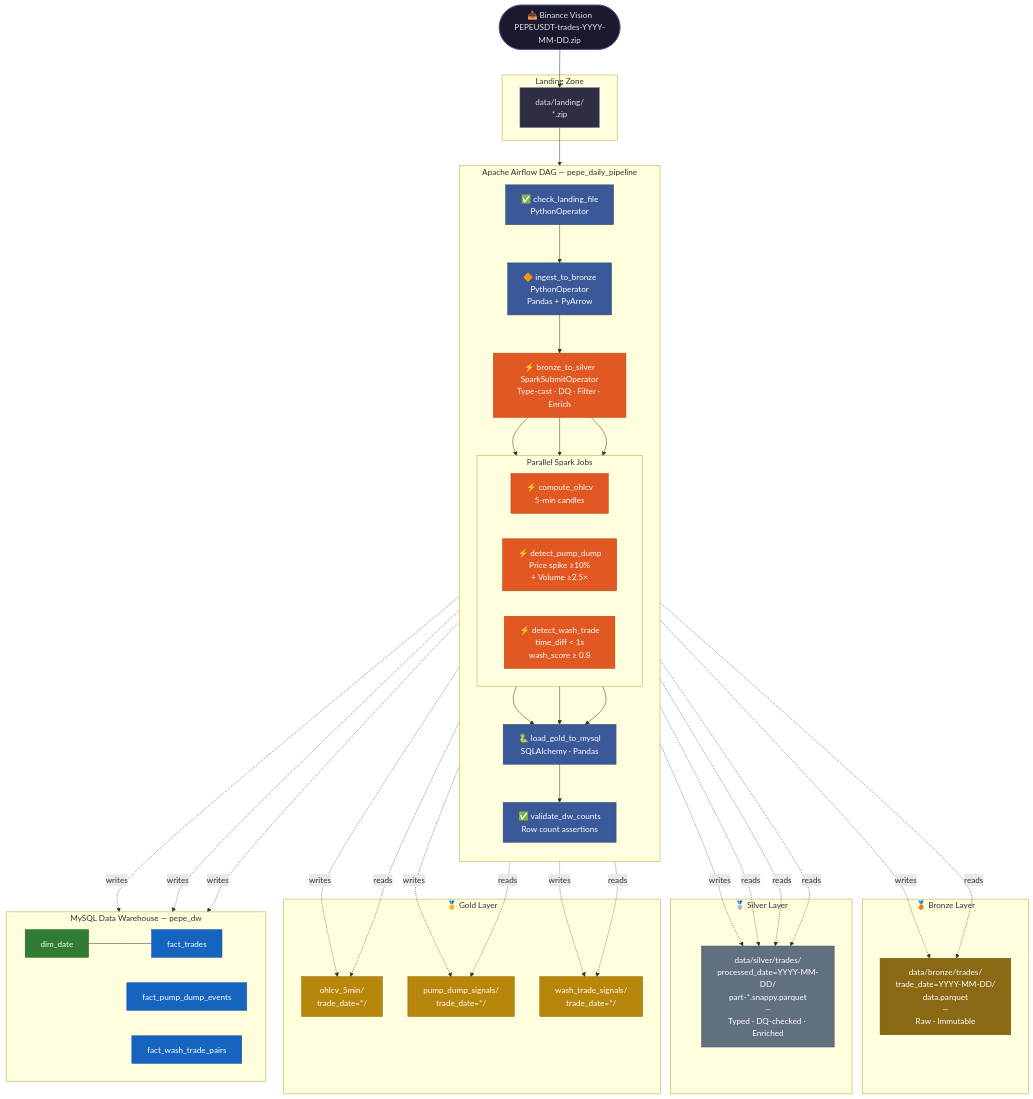
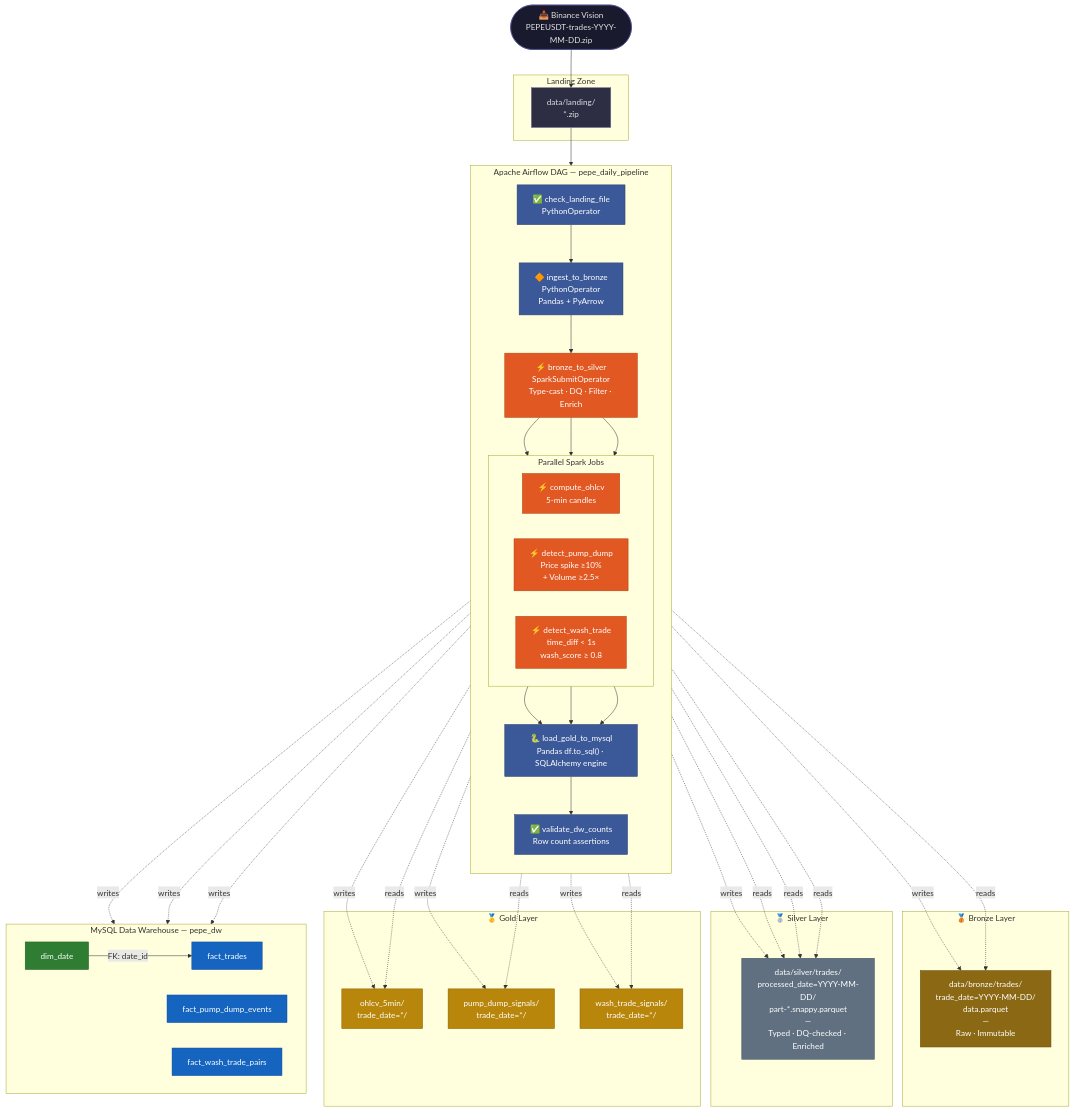
The diagram in README.md (athens-21/pepeusdt-manipulation-detector), drawn with Mermaid before and after one commit. The commit also changed other lines of this file, not shown here.

First line of the commit message:
docs: fix Mermaid diagram and schema section

````diff
--- a/README.md
+++ b/README.md
@@ -11,72 +11,72 @@
 ```mermaid
 flowchart TD
     A(["📥 Binance Vision\nPEPEUSDT-trades-YYYY-MM-DD.zip"]):::source
 
     subgraph landing["Landing Zone"]
         B["data/landing/\n*.zip"]:::landing
     end
 
     subgraph airflow["Apache Airflow DAG — pepe_daily_pipeline"]
         direction TB
 
         T1["✅ check_landing_file\nPythonOperator"]:::py
         T2["🔶 ingest_to_bronze\nPythonOperator\nPandas + PyArrow"]:::py
         T3["⚡ bronze_to_silver\nSparkSubmitOperator\nType-cast · DQ · Filter · Enrich"]:::spark
 
         subgraph parallel["Parallel Spark Jobs"]
             direction LR
             T4["⚡ compute_ohlcv\n5-min candles"]:::spark
             T5["⚡ detect_pump_dump\nPrice spike ≥10%\n+ Volume ≥2.5×"]:::spark
             T6["⚡ detect_wash_trade\ntime_diff < 1s\nwash_score ≥ 0.8"]:::spark
         end
 
-        T7["🐍 load_gold_to_mysql\nSQLAlchemy · Pandas"]:::py
+        T7["🐍 load_gold_to_mysql\nPandas df.to_sql() · SQLAlchemy engine"]:::py
         T8["✅ validate_dw_counts\nRow count assertions"]:::py
 
         T1 --> T2 --> T3 --> T4 & T5 & T6 --> T7 --> T8
     end
 
     subgraph bronze["🥉 Bronze Layer"]
         BR["data/bronze/trades/\ntrade_date=YYYY-MM-DD/\ndata.parquet\n—\nRaw · Immutable"]:::bronze
     end
 
     subgraph silver["🥈 Silver Layer"]
         SL["data/silver/trades/\nprocessed_date=YYYY-MM-DD/\npart-*.snappy.parquet\n—\nTyped · DQ-checked · Enriched"]:::silver
     end
 
     subgraph gold["🥇 Gold Layer"]
         G1["ohlcv_5min/\ntrade_date=*/"]:::gold
         G2["pump_dump_signals/\ntrade_date=*/"]:::gold
         G3["wash_trade_signals/\ntrade_date=*/"]:::gold
     end
 
     subgraph dw["MySQL Data Warehouse — pepe_dw"]
         direction LR
         DIM["dim_date"]:::dim
         FT["fact_trades"]:::fact
         FP["fact_pump_dump_events"]:::fact
         FW["fact_wash_trade_pairs"]:::fact
-        DIM --- FT
+        DIM -->|FK: date_id| FT
     end
 
     A --> B --> T1
     T2 -. writes .-> BR
     T3 -. reads .-> BR
     T3 -. writes .-> SL
     T4 & T5 & T6 -. reads .-> SL
     T4 -. writes .-> G1
     T5 -. writes .-> G2
     T6 -. writes .-> G3
     T7 -. reads .-> G1 & G2 & G3
     T7 -. writes .-> FT & FP & FW
 
     classDef source    fill:#1a1a2e,color:#e0e0e0,stroke:#4a4a8a
     classDef landing   fill:#2d2d44,color:#e0e0e0,stroke:#6a6a9a
     classDef py        fill:#3b5998,color:#fff,stroke:#2a4070
     classDef spark     fill:#e25822,color:#fff,stroke:#b04010
     classDef bronze    fill:#8B6914,color:#fff,stroke:#6b4f0f
     classDef silver    fill:#607080,color:#fff,stroke:#405060
     classDef gold      fill:#b8860b,color:#fff,stroke:#8b6508
     classDef dim       fill:#2e7d32,color:#fff,stroke:#1b5e20
     classDef fact      fill:#1565c0,color:#fff,stroke:#0d47a1
 ```
````
